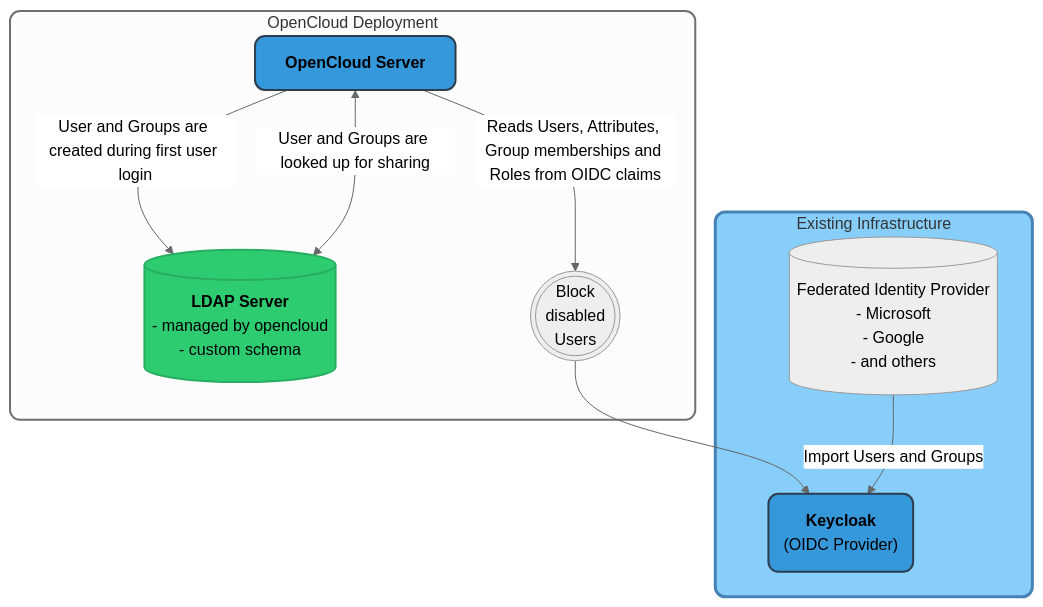
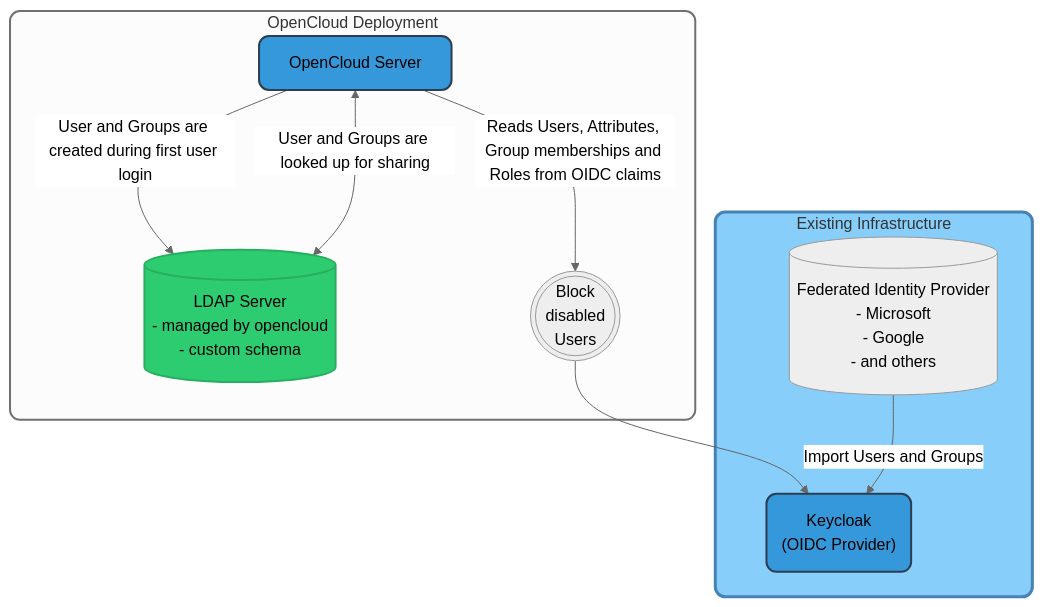
The second of 2 diagrams in docs/admin/configuration/authentication-and-user-management/keycloak.md (opencloud-eu/docs), drawn with Mermaid (neutral theme) before and after one commit. The commit also changed other lines of this file and 8 other files, not shown here.

````diff
--- a/docs/admin/configuration/authentication-and-user-management/keycloak.md
+++ b/docs/admin/configuration/authentication-and-user-management/keycloak.md
@@ -214,32 +216,32 @@
 ```mermaid
 graph TD
     subgraph opencloud["OpenCloud Deployment"]
-        LDAP[("`**LDAP Server**
+        LDAP[("`LDAP Server
             - managed by opencloud
             - custom schema`")]
-        OpenCloud["`**OpenCloud Server**`"]
+        OpenCloud["`OpenCloud Server`"]
         Stop((("Block <br>disabled<br>Users")))
     end
     subgraph existing["Existing Infrastructure"]
-        Keycloak("`**Keycloak**<br>(OIDC Provider)`")
+        Keycloak("`Keycloak<br>(OIDC Provider)`")
         UserDirectory[("`Federated Identity Provider
         - Microsoft
         - Google
         - and others`")]
     end
 
     OpenCloud -->|"User and Groups are created during first user login"| LDAP
     OpenCloud <-->|"User and Groups are looked up for sharing"| LDAP
     OpenCloud -- "Reads Users, Attributes, Group memberships and Roles from OIDC claims" --> Stop --> Keycloak
     UserDirectory -->|"Import Users and Groups"| Keycloak
 
     classDef service fill:#3498db,stroke:#2c3e50,stroke-width:2px,rx:10px,ry:10px;
     classDef storage fill:#2ecc71,stroke:#27ae60,stroke-width:2px,rx:10px,ry:10px;
     classDef readonly fill:#87CEFA,stroke:#4682B4,stroke-width:3px,rx:10px,ry:10px;
     classDef general stroke-width:2px,rx:10px,ry:10px;
 
     class OpenCloud,Keycloak service;
     class LDAP storage;
     class existing,directory readonly;
     class opencloud general;
 ```
````
